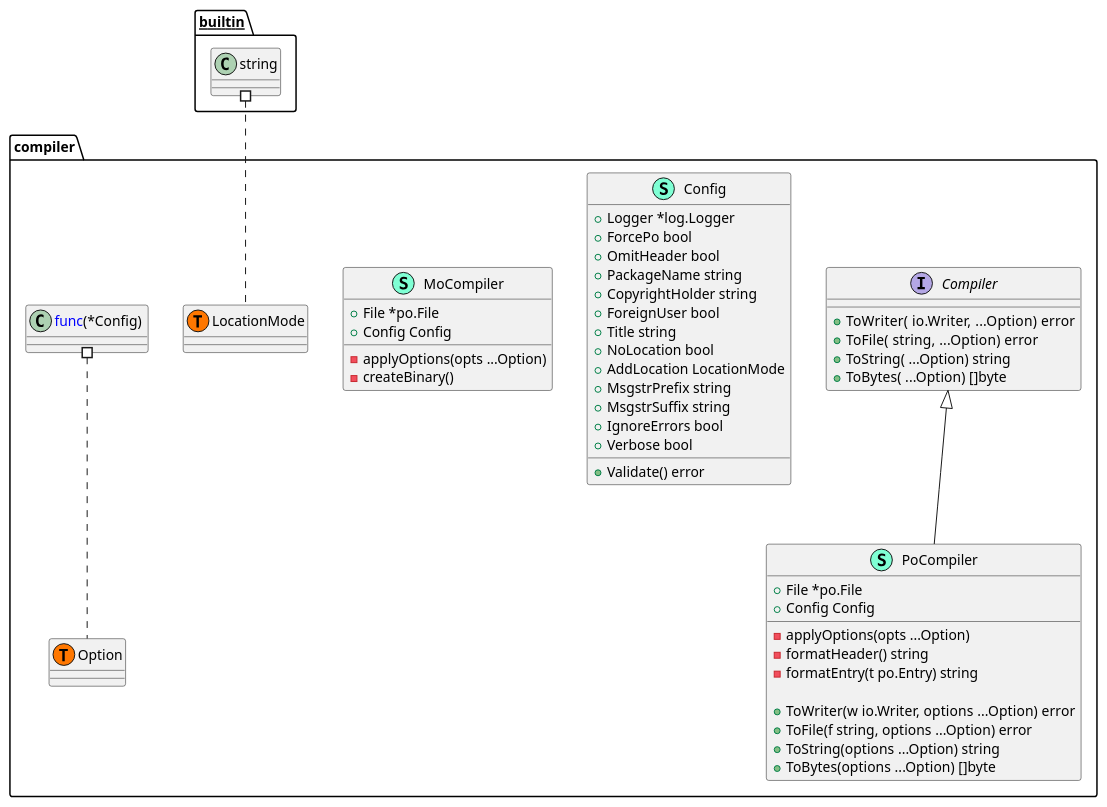
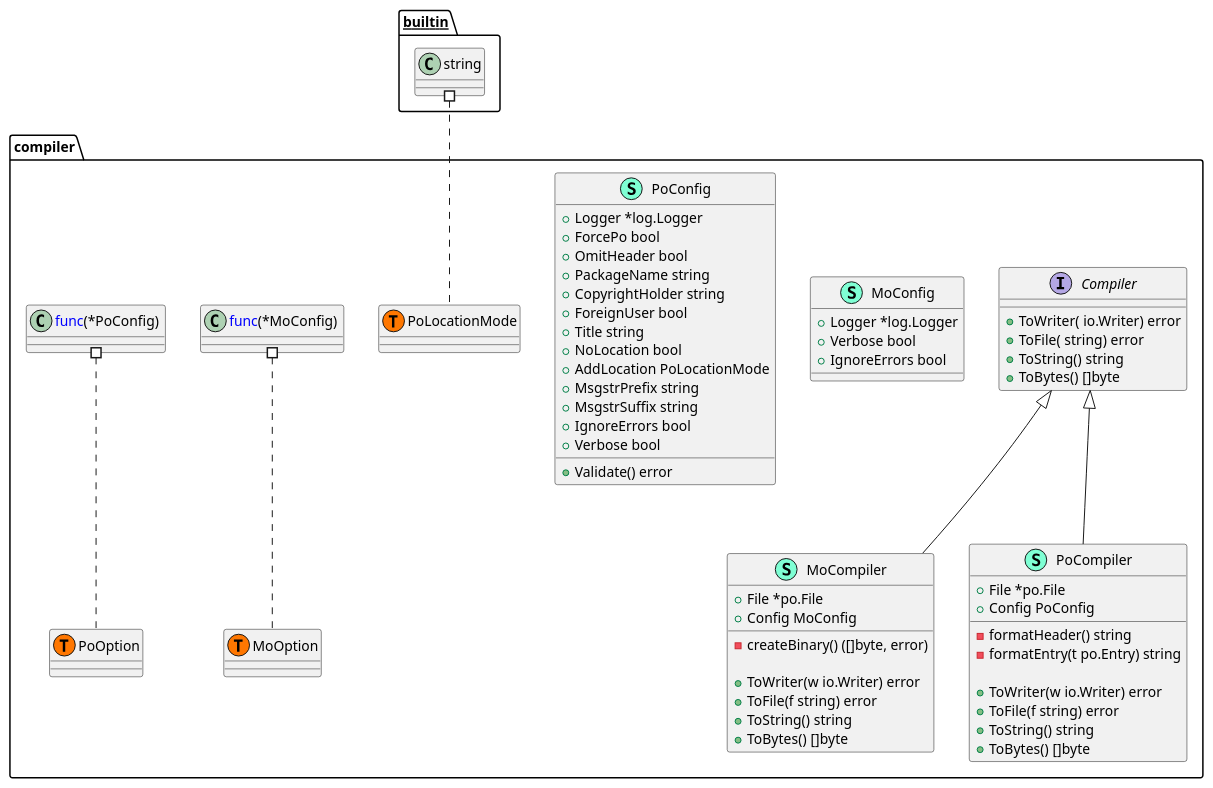
Before and after one commit to Tom5521/gotext-tools: the diagram in pkg/po/compiler/structure.puml, drawn with PlantUML. The commit also changed 4 other files, not shown here.

```diff
--- a/pkg/po/compiler/structure.puml
+++ b/pkg/po/compiler/structure.puml
@@ -1,60 +1,73 @@
 @startuml
 namespace compiler {
     interface Compiler  {
-        + ToWriter( io.Writer,  ...Option) error
-        + ToFile( string,  ...Option) error
-        + ToString( ...Option) string
-        + ToBytes( ...Option) []byte
+        + ToWriter( io.Writer) error
+        + ToFile( string) error
+        + ToString() string
+        + ToBytes() []byte
 
     }
-    class Config << (S,Aquamarine) >> {
+    class MoCompiler << (S,Aquamarine) >> {
+        + File *po.File
+        + Config MoConfig
+
+        - createBinary() ([]byte, error)
+
+        + ToWriter(w io.Writer) error
+        + ToFile(f string) error
+        + ToString() string
+        + ToBytes() []byte
+
+    }
+    class MoConfig << (S,Aquamarine) >> {
+        + Logger *log.Logger
+        + Verbose bool
+        + IgnoreErrors bool
+
+    }
+    class PoCompiler << (S,Aquamarine) >> {
+        + File *po.File
+        + Config PoConfig
+
+        - formatHeader() string
+        - formatEntry(t po.Entry) string
+
+        + ToWriter(w io.Writer) error
+        + ToFile(f string) error
+        + ToString() string
+        + ToBytes() []byte
+
+    }
+    class PoConfig << (S,Aquamarine) >> {
         + Logger *log.Logger
         + ForcePo bool
         + OmitHeader bool
         + PackageName string
         + CopyrightHolder string
         + ForeignUser bool
         + Title string
         + NoLocation bool
-        + AddLocation LocationMode
+        + AddLocation PoLocationMode
         + MsgstrPrefix string
         + MsgstrSuffix string
         + IgnoreErrors bool
         + Verbose bool
 
         + Validate() error
 
     }
-    class MoCompiler << (S,Aquamarine) >> {
-        + File *po.File
-        + Config Config
-
-        - applyOptions(opts ...Option) 
-        - createBinary() 
-
+    class compiler.MoOption << (T, #FF7700) >>  {
     }
-    class PoCompiler << (S,Aquamarine) >> {
-        + File *po.File
-        + Config Config
-
-        - applyOptions(opts ...Option) 
-        - formatHeader() string
-        - formatEntry(t po.Entry) string
-
-        + ToWriter(w io.Writer, options ...Option) error
-        + ToFile(f string, options ...Option) error
-        + ToString(options ...Option) string
-        + ToBytes(options ...Option) []byte
-
+    class compiler.PoLocationMode << (T, #FF7700) >>  {
     }
-    class compiler.LocationMode << (T, #FF7700) >>  {
-    }
-    class compiler.Option << (T, #FF7700) >>  {
+    class compiler.PoOption << (T, #FF7700) >>  {
     }
 }
 
+"compiler.Compiler" <|-- "compiler.MoCompiler"
 "compiler.Compiler" <|-- "compiler.PoCompiler"
 
-"__builtin__.string" #.. "compiler.LocationMode"
-"compiler.<font color=blue>func</font>(*Config) " #.. "compiler.Option"
+"__builtin__.string" #.. "compiler.PoLocationMode"
+"compiler.<font color=blue>func</font>(*MoConfig) " #.. "compiler.MoOption"
+"compiler.<font color=blue>func</font>(*PoConfig) " #.. "compiler.PoOption"
 @enduml
```
